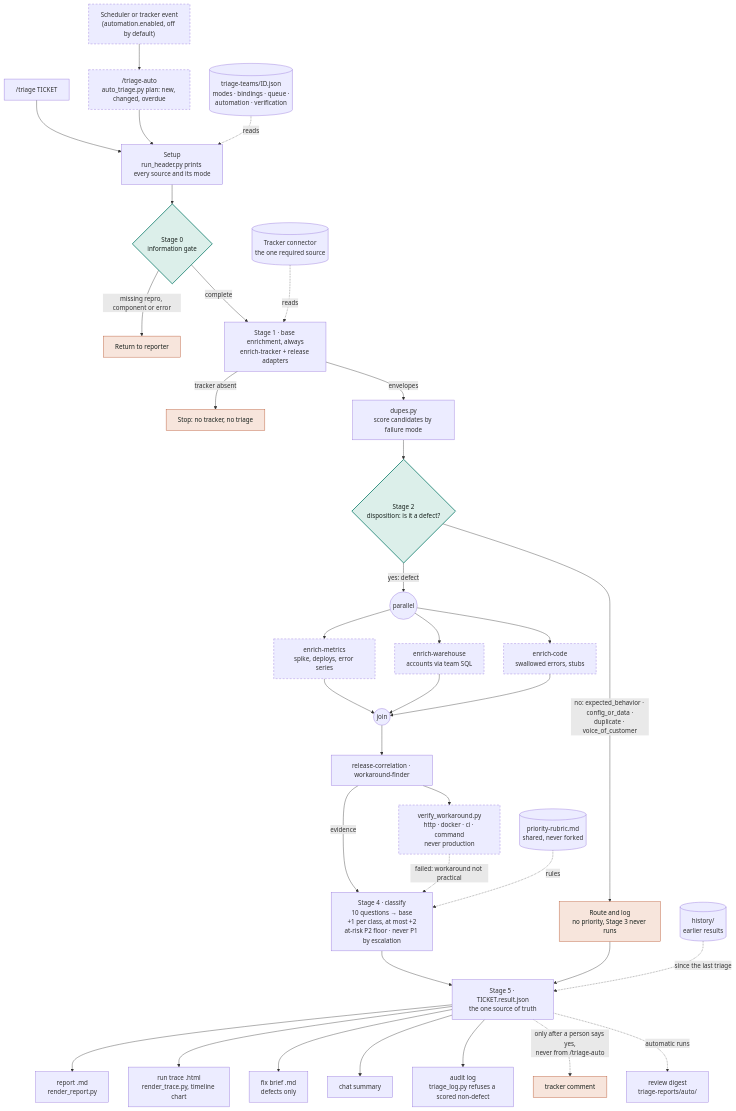
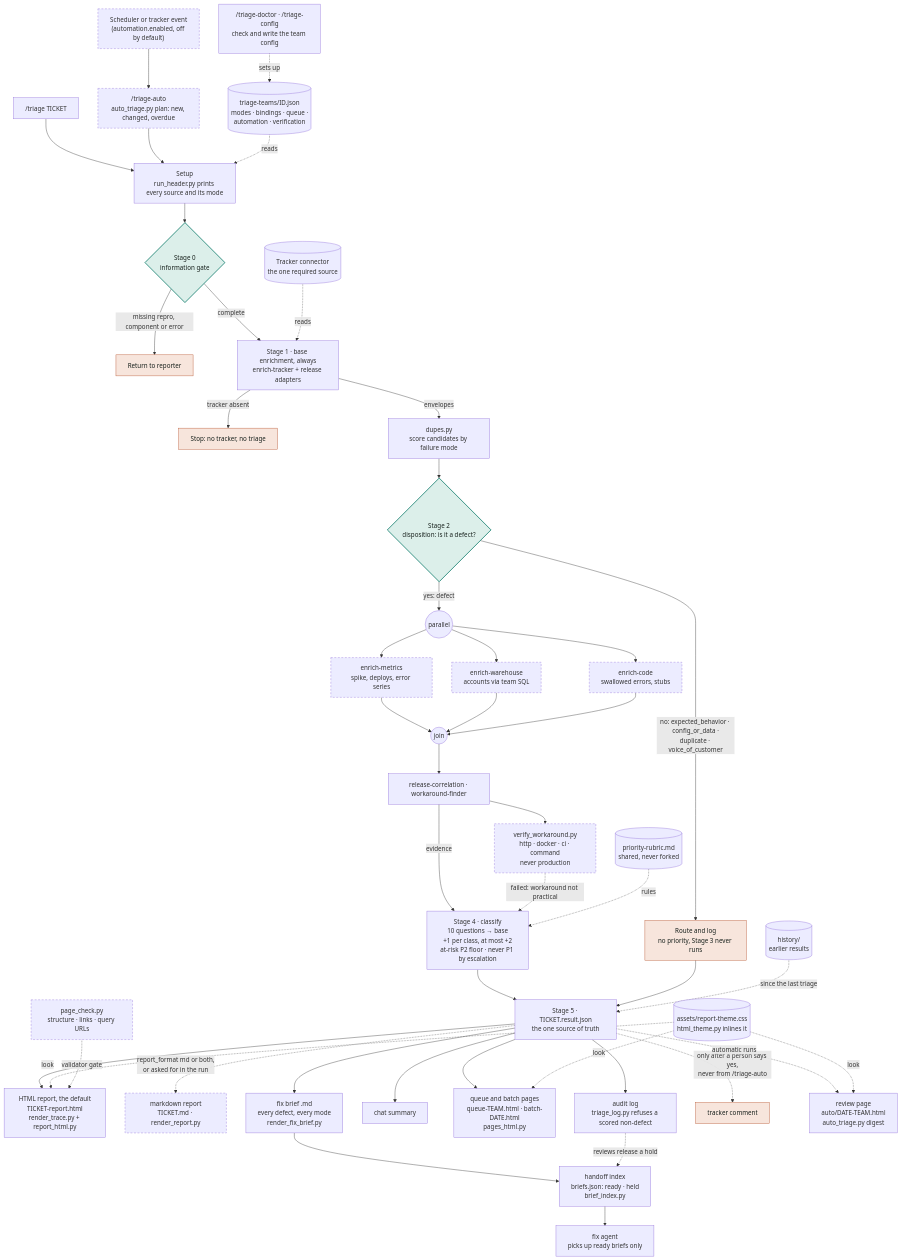
The first of 3 diagrams in operations/bug-triage-agent/docs/02-architecture.md (NjAIAgents/njagents), drawn with Mermaid before and after one commit. The commit also changed other lines of this file and 64 other files, not shown here.

First line of the commit message:
bug-triage-agent 0.8.0: HTML report by default, agent handoff, shared page look

````diff
--- a/operations/bug-triage-agent/docs/02-architecture.md
+++ b/operations/bug-triage-agent/docs/02-architecture.md
@@ -8,44 +8,53 @@
 ```mermaid
 flowchart TD
   CMD["/triage TICKET"] --> SET
   SCH["Scheduler or tracker event<br/>(automation.enabled, off by default)"] --> AUTO["/triage-auto<br/>auto_triage.py plan: new, changed, overdue"]
   AUTO --> SET["Setup<br/>run_header.py prints every source and its mode"]
   CFG[("triage-teams/ID.json<br/>modes · bindings · queue ·<br/>automation · verification")] -. reads .-> SET
   SET --> G0{"Stage 0<br/>information gate"}
   G0 -- "missing repro, component or error" --> X0["Return to reporter"]
   G0 -- complete --> S1["Stage 1 · base enrichment, always<br/>enrich-tracker + release adapters"]
   TR[("Tracker connector<br/>the one required source")] -. reads .-> S1
   S1 -- "tracker absent" --> X1["Stop: no tracker, no triage"]
   S1 -- envelopes --> DUP["dupes.py<br/>score candidates by failure mode"]
   DUP --> D{"Stage 2<br/>disposition: is it a defect?"}
   D -- "no: expected_behavior · config_or_data ·<br/>duplicate · voice_of_customer" --> ND["Route and log<br/>no priority, Stage 3 never runs"]
   D -- "yes: defect" --> F(("parallel"))
   F --> M["enrich-metrics<br/>spike, deploys, error series"]
   F --> W["enrich-warehouse<br/>accounts via team SQL"]
   F --> K["enrich-code<br/>swallowed errors, stubs"]
   M --> J(("join"))
   W --> J
   K --> J
   J --> RW["release-correlation · workaround-finder"]
   RW --> VER["verify_workaround.py<br/>http · docker · ci · command<br/>never production"]
   RW -- evidence --> S4["Stage 4 · classify<br/>10 questions → base<br/>+1 per class, at most +2<br/>at-risk P2 floor · never P1 by escalation"]
   VER -. "failed: workaround not practical" .-> S4
   RB[("priority-rubric.md<br/>shared, never forked")] -. rules .-> S4
   S4 --> RES["Stage 5 · TICKET.result.json<br/>the one source of truth"]
   ND --> RES
   HIST[("history/<br/>earlier results")] -. "since the last triage" .-> RES
-  RES --> O2["report .md<br/>render_report.py"]
-  RES --> O3["run trace .html<br/>render_trace.py, timeline chart"]
-  RES --> O6["fix brief .md<br/>defects only"]
+  RES --> O3["HTML report, the default<br/>TICKET-report.html<br/>render_trace.py + report_html.py"]
+  RES -. "report_format md or both,<br/>or asked for in the run" .-> O2["markdown report<br/>TICKET.md · render_report.py"]
+  RES --> O6["fix brief .md<br/>every defect, every mode<br/>render_fix_brief.py"]
   RES --> O1["chat summary"]
+  RES --> PG["queue and batch pages<br/>queue-TEAM.html · batch-DATE.html<br/>pages_html.py"]
+  THM[("assets/report-theme.css<br/>html_theme.py inlines it")] -. look .-> O3
+  THM -. look .-> PG
   RES --> O5["audit log<br/>triage_log.py refuses a scored non-defect"]
   RES -. "only after a person says yes,<br/>never from /triage-auto" .-> O4["tracker comment"]
-  RES -. "automatic runs" .-> DIG["review digest<br/>triage-reports/auto/"]
+  RES -. "automatic runs" .-> DIG["review page<br/>auto/DATE-TEAM.html<br/>auto_triage.py digest"]
+  O6 --> IDX["handoff index<br/>briefs.json: ready · held<br/>brief_index.py"]
+  O5 -. "reviews release a hold" .-> IDX
+  IDX --> FIX["fix agent<br/>picks up ready briefs only"]
+  THM -. look .-> DIG
+  PCHK["page_check.py<br/>structure · links · query URLs"] -. "validator gate" .-> O3
+  DOC["/triage-doctor · /triage-config<br/>check and write the team config"] -. sets up .-> CFG
 
   classDef gate fill:#DCEFEA,stroke:#0B7A69,stroke-width:2px,color:#17201C
   classDef stop fill:#F7E5DC,stroke:#B4502A,color:#17201C
   classDef cond stroke-dasharray:5 4
   class D,G0 gate
   class X0,X1,ND,O4 stop
-  class M,W,K,VER,AUTO,SCH cond
+  class M,W,K,VER,AUTO,SCH,O2,PCHK cond
 ```
````
